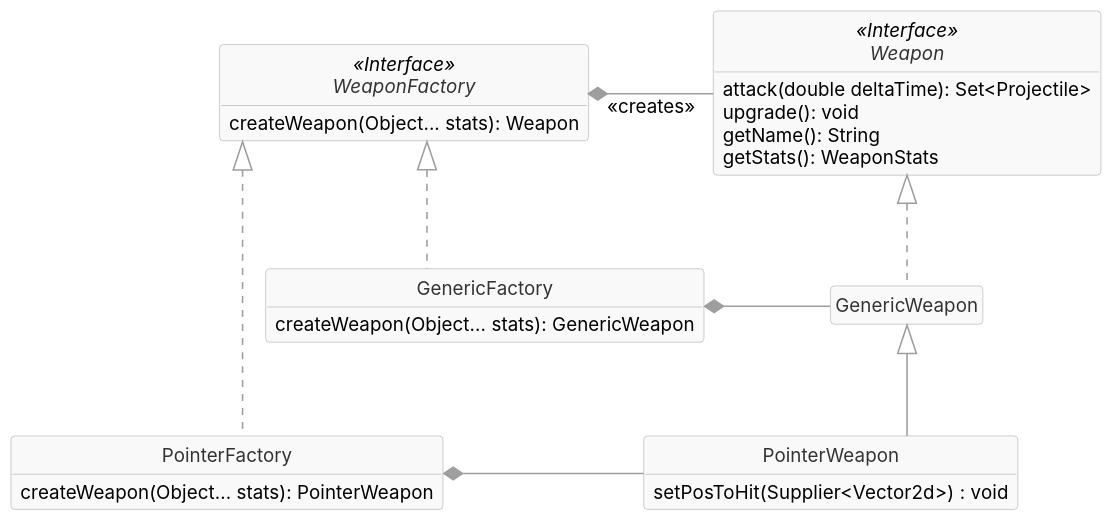
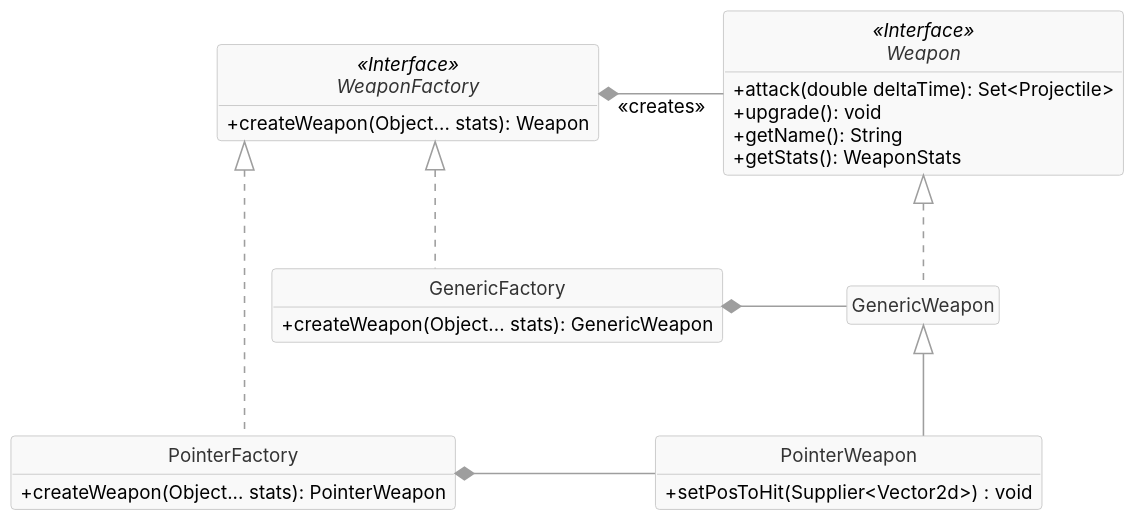
The diagram in report/uml/weapons.puml (GiocoMatto/OOP25-wildenc), drawn with PlantUML before and after one commit. The commit also changed 27 other files, not shown here.

```diff
--- a/report/uml/weapons.puml
+++ b/report/uml/weapons.puml
@@ -1,76 +1,76 @@
 @startuml Weapons
 
 ' =========================
 '  Skin
 ' =========================
 
 skinparam shadowing false
 skinparam roundcorner 5
 skinparam dpi 150
 
 skinparam DefaultFontName "Inter"
 skinparam DefaultFontSize 12
 skinparam linetype ortho
 skinparam nodesep 80
 skinparam classAttributeIconSize 0
 
 skinparam class {
   BackgroundColor #F9F9F9
   BorderColor #BFBFBF
   FontColor #333333
 }
 
 skinparam Arrow {
   Color #9E9E9E
   Thickness 1
 }
 
 hide circle
 hide empty members
 
 ' =========================
 '  Classes
 ' =========================
 
 ' Subtitle for classes: 
 ' \n<size:10><i>(from model)</i></size>
 interface Weapon <<Interface>>{
-    attack(double deltaTime): Set<Projectile>
-    upgrade(): void
-    getName(): String
-    getStats(): WeaponStats
+    +attack(double deltaTime): Set<Projectile>
+    +upgrade(): void
+    +getName(): String
+    +getStats(): WeaponStats
 }
 
 GenericWeapon .up.|> Weapon
 
 class GenericWeapon {
 }
 
 PointerWeapon -up-|> GenericWeapon
 
 class PointerWeapon {
-    setPosToHit(Supplier<Vector2d>) : void
+    +setPosToHit(Supplier<Vector2d>) : void
 }
 
 WeaponFactory *-right- Weapon : << creates >>
 
 interface WeaponFactory <<Interface>>{
-  createWeapon(Object... stats): Weapon
+  +createWeapon(Object... stats): Weapon
 }
 
 GenericFactory .up.|> WeaponFactory
 GenericFactory *-right- GenericWeapon
 
 class GenericFactory {
-  createWeapon(Object... stats): GenericWeapon
+  +createWeapon(Object... stats): GenericWeapon
 }
 
 PointerFactory .up.|> WeaponFactory
 
 class PointerFactory {
-  createWeapon(Object... stats): PointerWeapon
+  +createWeapon(Object... stats): PointerWeapon
 }
 
 PointerWeapon -left-* PointerFactory
 
 @enduml
```
